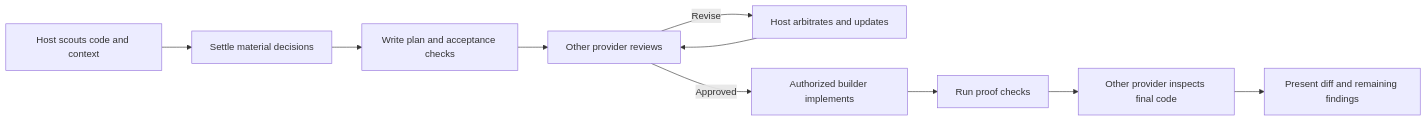
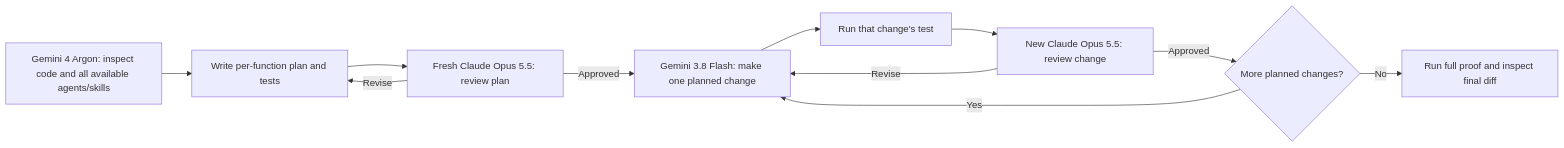
The diagram in README.md (rafalmadej1/claudex-loop), drawn with Mermaid before and after one commit. The commit also changed other lines of this file and 1 other file, not shown here.

Commit message:
Clarify Antigravity workflow limits

````diff
--- a/README.md
+++ b/README.md
@@ -50,12 +50,13 @@
 ```mermaid
 flowchart LR
-    R[Host scouts code and context] --> Q[Settle material decisions]
-    Q --> P[Write plan and acceptance checks]
-    P --> V[Other provider reviews]
-    V -- Revise --> A[Host arbitrates and updates]
-    A --> V
-    V -- Approved --> B[Authorized builder implements]
-    B --> T[Run proof checks]
-    T --> I[Other provider inspects final code]
-    I --> H[Present diff and remaining findings]
+    R[Gemini 4 Argon: inspect code and all available agents/skills] --> P[Write per-function plan and tests]
+    P --> V[Fresh Claude Opus 5.5: review plan]
+    V -- Revise --> P
+    V -- Approved --> D[Gemini 3.8 Flash: make one planned change]
+    D --> T[Run that change's test]
+    T --> C[New Claude Opus 5.5: review change]
+    C -- Revise --> D
+    C -- Approved --> N{More planned changes?}
+    N -- Yes --> D
+    N -- No --> F[Run full proof and inspect final diff]
 ```
````
